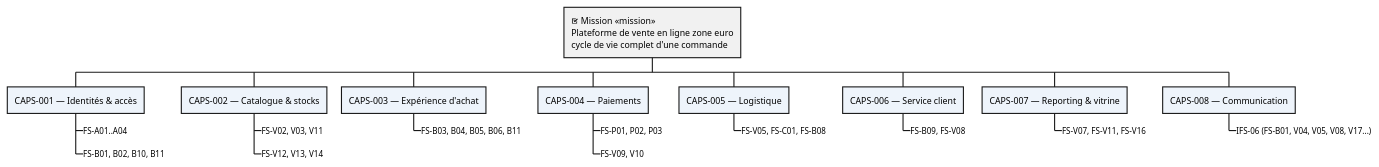
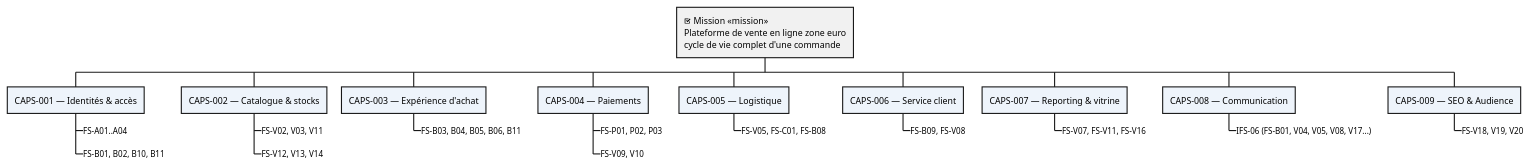
Before and after one commit to louistalvande/online_shop: the first of 6 diagrams in architecture/02-system-analysis/sa.adoc, drawn with PlantUML. The commit also changed other lines of this file and 14 other files, not shown here.

Commit message:
add seo in architecture

```diff
--- a/architecture/02-system-analysis/sa.adoc
+++ b/architecture/02-system-analysis/sa.adoc
@@ -214,49 +223,52 @@
 [plantuml, sa-mission-caps-functions, svg]
 ----
 @startwbs
 <style>
 wbsDiagram {
   .mission {
     BackgroundColor #E8F4FD
     FontStyle bold
   }
   .caps {
     BackgroundColor #EEF4FB
   }
   .funcs {
     BackgroundColor #FAFAFA
     FontSize 11
   }
 }
 </style>
 
 * <&task> Mission <<mission>>\nPlateforme de vente en ligne zone euro\ncycle de vie complet d'une commande
 
 ** CAPS-001 — Identités & accès <<caps>>
 ***_ FS-A01..A04 <<funcs>>
 ***_ FS-B01, B02, B10, B11 <<funcs>>
 
 ** CAPS-002 — Catalogue & stocks <<caps>>
 ***_ FS-V02, V03, V11 <<funcs>>
 ***_ FS-V12, V13, V14 <<funcs>>
 
 ** CAPS-003 — Expérience d'achat <<caps>>
 ***_ FS-B03, B04, B05, B06, B11 <<funcs>>
 
 ** CAPS-004 — Paiements <<caps>>
 ***_ FS-P01, P02, P03 <<funcs>>
 ***_ FS-V09, V10 <<funcs>>
 
 ** CAPS-005 — Logistique <<caps>>
 ***_ FS-V05, FS-C01, FS-B08 <<funcs>>
 
 ** CAPS-006 — Service client <<caps>>
 ***_ FS-B09, FS-V08 <<funcs>>
 
 ** CAPS-007 — Reporting & vitrine <<caps>>
 ***_ FS-V07, FS-V11, FS-V16 <<funcs>>
 
 ** CAPS-008 — Communication <<caps>>
 ***_ IFS-06 (FS-B01, V04, V05, V08, V17...) <<funcs>>
+
+** CAPS-009 — SEO & Audience <<caps>>
+***_ FS-V18, V19, V20 <<funcs>>
 @endwbs
 ----
```
